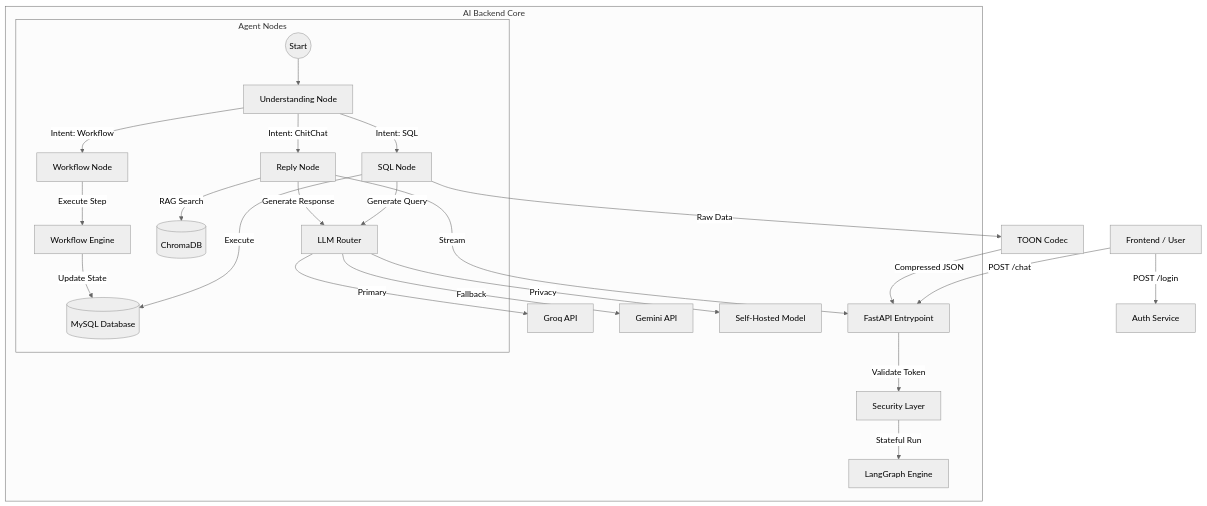
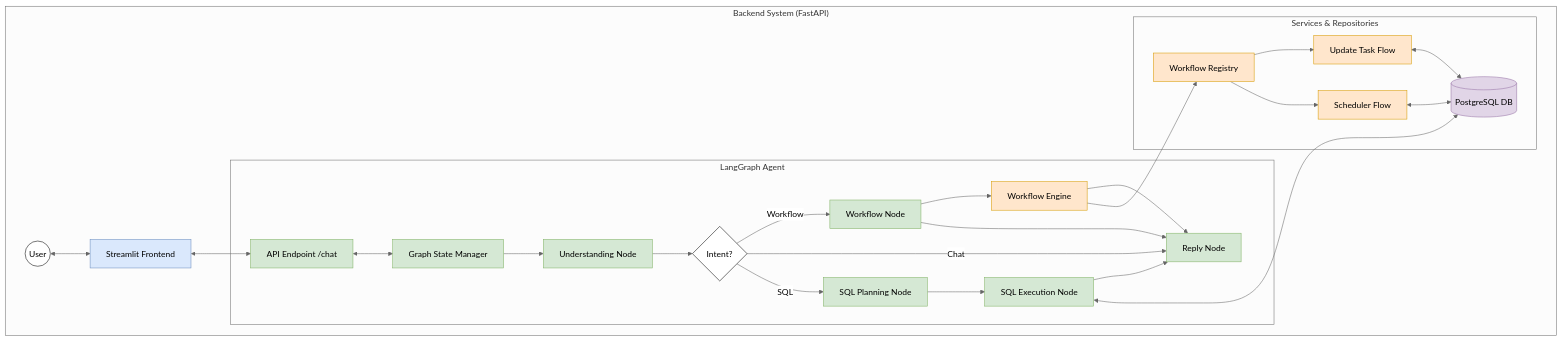
Before and after one commit to deepakraaaj/ChatBot: the diagram in README.md, drawn with Mermaid (neutral theme).

Commit message:
Docs: Update Mermaid Diagram to match design

````diff
--- a/README.md
+++ b/README.md
@@ -13,34 +13,63 @@
 ```mermaid
 graph TD
-    User[Frontend / User] -->|POST /chat| API[FastAPI Entrypoint]
-    User -->|POST /login| Auth[Auth Service]
+    User((User))
     
-    subgraph "AI Backend Core"
-        API -->|Validate Token| Security[Security Layer]
-        Security -->|Stateful Run| Graph[LangGraph Engine]
+    subgraph "Backend System (FastAPI)"
+        style User fill:#ffffff,stroke:#000000,color:#000000
         
-        subgraph "Agent Nodes"
-            Start((Start)) --> Understanding[Understanding Node]
-            Understanding -->|Intent: SQL| SQLNode[SQL Node]
-            Understanding -->|Intent: Workflow| WorkflowNode[Workflow Node]
-            Understanding -->|Intent: ChitChat| ReplyNode[Reply Node]
+        Frontend[Streamlit Frontend]:::blue
+        API[API Endpoint /chat]:::green
+        
+        User <--> Frontend
+        Frontend <--> API
+        
+        subgraph "LangGraph Agent"
+            StateManager[Graph State Manager]:::green
+            Understanding[Understanding Node]:::green
+            Intent{Intent?}:::white
             
-            SQLNode -->|Generate Query| LLM[LLM Router]
-            SQLNode -->|Execute| DB[(MySQL Database)]
+            WorkflowNode[Workflow Node]:::green
+            ReplyNode[Reply Node]:::green
+            SQLPlan[SQL Planning Node]:::green
+            SQLExec[SQL Execution Node]:::green
+            WorkflowEng[Workflow Engine]:::orange
             
-            ReplyNode -->|RAG Search| Vector[(ChromaDB)]
-            ReplyNode -->|Generate Response| LLM
+            API <--> StateManager
+            StateManager --> Understanding
+            Understanding --> Intent
             
-            WorkflowNode -->|Execute Step| WorkflowEngine[Workflow Engine]
-            WorkflowEngine -->|Update State| DB
+            Intent -->|Workflow| WorkflowNode
+            Intent -->|Chat| ReplyNode
+            Intent -->|SQL| SQLPlan
+            
+            WorkflowNode --> WorkflowEng
+            WorkflowNode --> ReplyNode
+            WorkflowEng --> ReplyNode
+            
+            SQLPlan --> SQLExec
+            SQLExec --> ReplyNode
         end
         
-        LLM -->|Primary| Groq[Groq API]
-        LLM -->|Fallback| Gemini[Gemini API]
-        LLM -->|Privacy| Local[Self-Hosted Model]
+        subgraph "Services & Repositories"
+            Registry[Workflow Registry]:::orange
+            UpdateFlow[Update Task Flow]:::orange
+            SchedFlow[Scheduler Flow]:::orange
+            DB[(PostgreSQL DB)]:::purple
+            
+            WorkflowEng --> Registry
+            Registry --> UpdateFlow
+            Registry --> SchedFlow
+            
+            UpdateFlow <--> DB
+            SchedFlow <--> DB
+            SQLExec <--> DB
+        end
     end
     
-    SQLNode -->|Raw Data| TOON[TOON Codec]
-    TOON -->|Compressed JSON| API
-    ReplyNode -->|Stream| API
+    %% Styling
+    classDef blue fill:#dae8fc,stroke:#6c8ebf,color:#000000
+    classDef green fill:#d5e8d4,stroke:#82b366,color:#000000
+    classDef orange fill:#ffe6cc,stroke:#d79b00,color:#000000
+    classDef purple fill:#e1d5e7,stroke:#9673a6,color:#000000
+    classDef white fill:#ffffff,stroke:#000000,color:#000000
 ```
````
